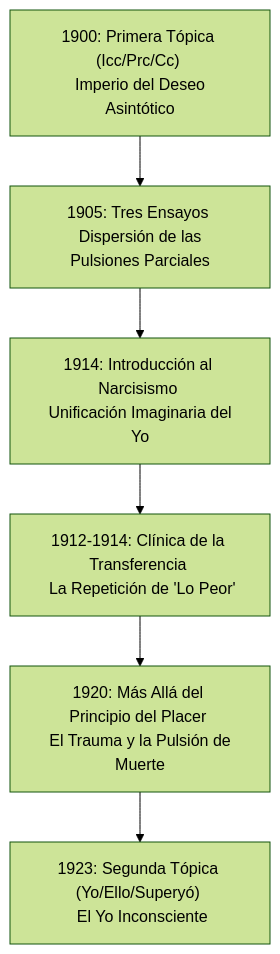
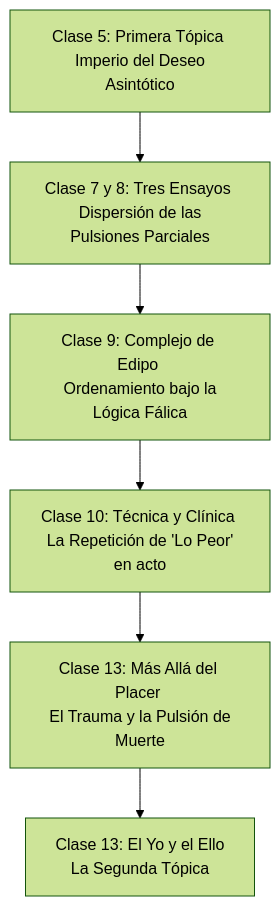
One commit to megablas/campus-psicoanalisis changed the diagram in Guia_Docente_Clase_13.md. Above: the diagram before and after it, drawn with Mermaid (forest theme). The commit also changed other lines of this file, not shown here.

Commit message:
doc: update class 13 guide to align with UFLO syllabus (replace narcissism with phallic logic and Oedipus)

````diff
--- a/Guia_Docente_Clase_13.md
+++ b/Guia_Docente_Clase_13.md
@@ -12,8 +12,8 @@
 ```mermaid
 graph TD
-    A["1900: Primera Tópica (Icc/Prc/Cc) <br> Imperio del Deseo Asintótico"] --> B["1905: Tres Ensayos <br> Dispersión de las Pulsiones Parciales"]
-    B --> C["1914: Introducción al Narcisismo <br> Unificación Imaginaria del Yo"]
-    C --> D["1912-1914: Clínica de la Transferencia <br> La Repetición de 'Lo Peor'"]
-    D --> E["1920: Más Allá del Principio del Placer <br> El Trauma y la Pulsión de Muerte"]
-    E --> F["1923: Segunda Tópica (Yo/Ello/Superyó) <br> El Yo Inconsciente"]
+    A["Clase 5: Primera Tópica <br> Imperio del Deseo Asintótico"] --> B["Clase 7 y 8: Tres Ensayos <br> Dispersión de las Pulsiones Parciales"]
+    B --> C["Clase 9: Complejo de Edipo <br> Ordenamiento bajo la Lógica Fálica"]
+    C --> D["Clase 10: Técnica y Clínica <br> La Repetición de 'Lo Peor' en acto"]
+    D --> E["Clase 13: Más Allá del Placer <br> El Trauma y la Pulsión de Muerte"]
+    E --> F["Clase 13: El Yo y el Ello <br> La Segunda Tópica"]
 ```
````
